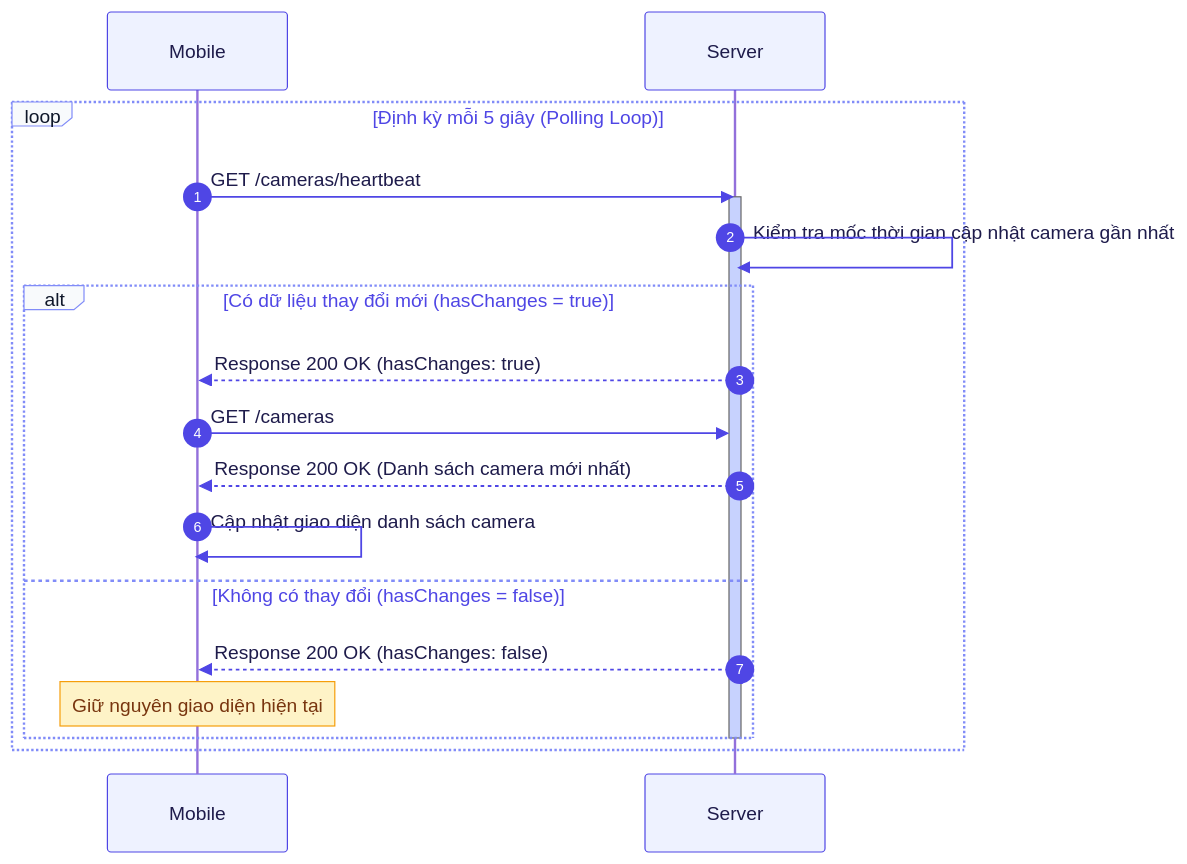
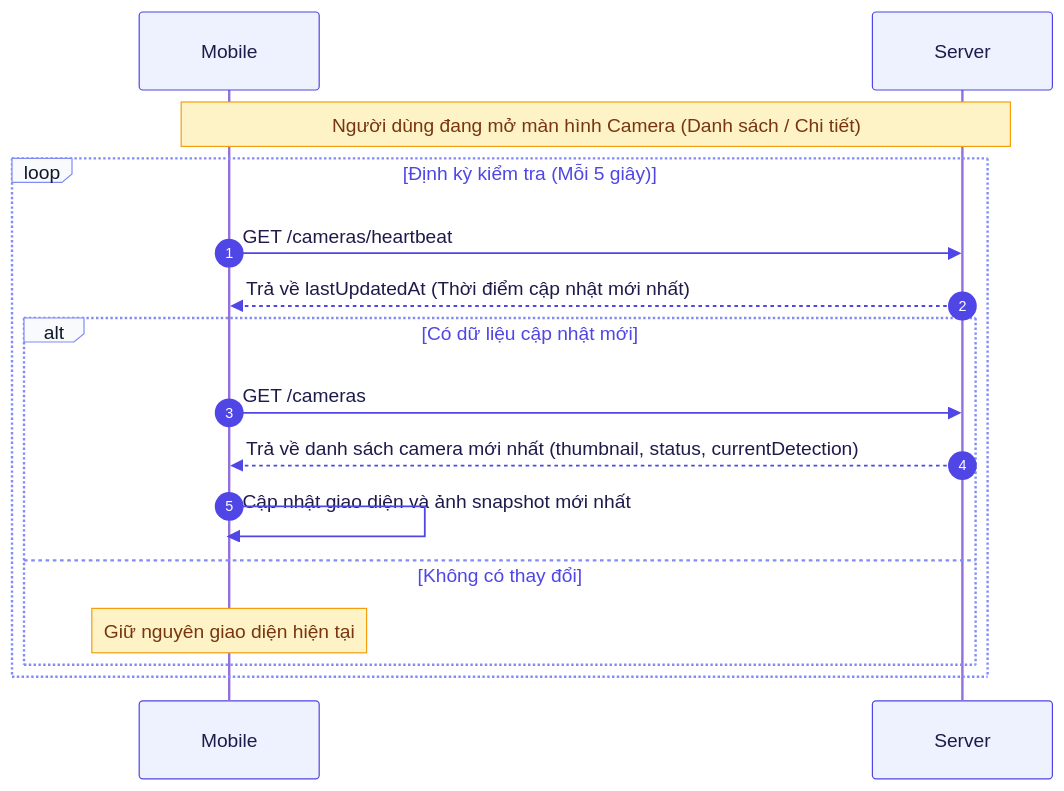
The fourth of 12 diagrams in docs/on-tap-he-thong.md (trungnguyenthien/Wildlife-Warning-and-Deterrence-System), drawn with Mermaid before and after one commit. The commit also changed other lines of this file, not shown here.

````diff
--- a/docs/on-tap-he-thong.md
+++ b/docs/on-tap-he-thong.md
@@ -234,52 +242,49 @@
 ```mermaid
 %%{init: {
   'theme': 'default',
   'sequence': {
     'rightAngles': true,
     'messageAlign': 'left',
     'messageMargin': 40,
     'actorMargin': 80
   },
   'themeVariables': {
     'primaryColor': '#EEF2FF',
     'primaryTextColor': '#1E1B4B',
     'primaryBorderColor': '#6366F1',
     'lineColor': '#4F46E5',
     'secondaryColor': '#F0FDFA',
     'actorBkg': '#EEF2FF',
     'actorBorder': '#4F46E5',
     'actorTextColor': '#1E1B4B',
     'signalColor': '#4F46E5',
     'signalTextColor': '#1E1B4B',
     'labelBoxBkgColor': '#F8FAFC',
     'labelBoxBorderColor': '#818CF8',
     'labelTextColor': '#0F172A',
     'loopTextColor': '#4F46E5',
     'noteBkgColor': '#FEF3C7',
     'noteTextColor': '#78350F',
     'noteBorderColor': '#F59E0B',
     'activationBkgColor': '#C7D2FE',
     'sequenceNumberColor': '#FFFFFF'
   }
 }}%%
 sequenceDiagram
     autonumber
     participant Mobile as Mobile
     participant Server as Server
 
-    loop Định kỳ mỗi 5 giây (Polling Loop)
+    Note over Mobile, Server: Người dùng đang mở màn hình Camera (Danh sách / Chi tiết)
+    loop Định kỳ kiểm tra (Mỗi 5 giây)
         Mobile->>Server: GET /cameras/heartbeat
-        activate Server
-        Server->>Server: Kiểm tra mốc thời gian cập nhật camera gần nhất
-        alt Có dữ liệu thay đổi mới (hasChanges = true)
-            Server-->>Mobile: Response 200 OK (hasChanges: true)
+        Server-->>Mobile: Trả về lastUpdatedAt (Thời điểm cập nhật mới nhất)
+        alt Có dữ liệu cập nhật mới
             Mobile->>Server: GET /cameras
-            Server-->>Mobile: Response 200 OK (Danh sách camera mới nhất)
-            Mobile->>Mobile: Cập nhật giao diện danh sách camera
-        else Không có thay đổi (hasChanges = false)
-            Server-->>Mobile: Response 200 OK (hasChanges: false)
+            Server-->>Mobile: Trả về danh sách camera mới nhất (thumbnail, status, currentDetection)
+            Mobile->>Mobile: Cập nhật giao diện và ảnh snapshot mới nhất
+        else Không có thay đổi
             Note over Mobile: Giữ nguyên giao diện hiện tại
         end
-        deactivate Server
     end
 ```
````
